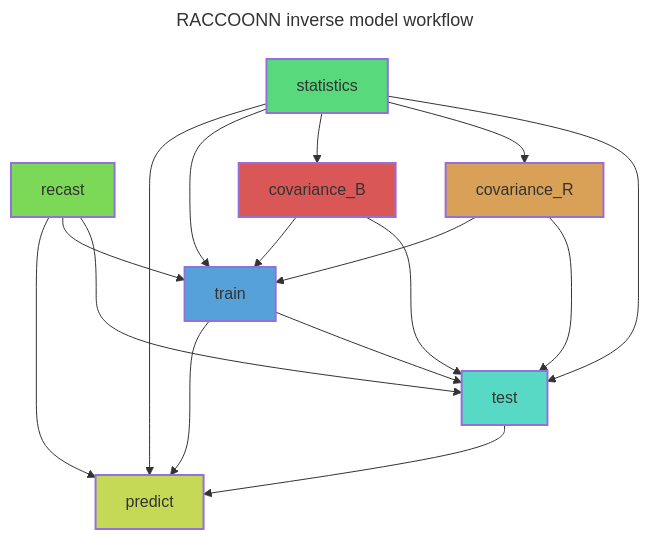
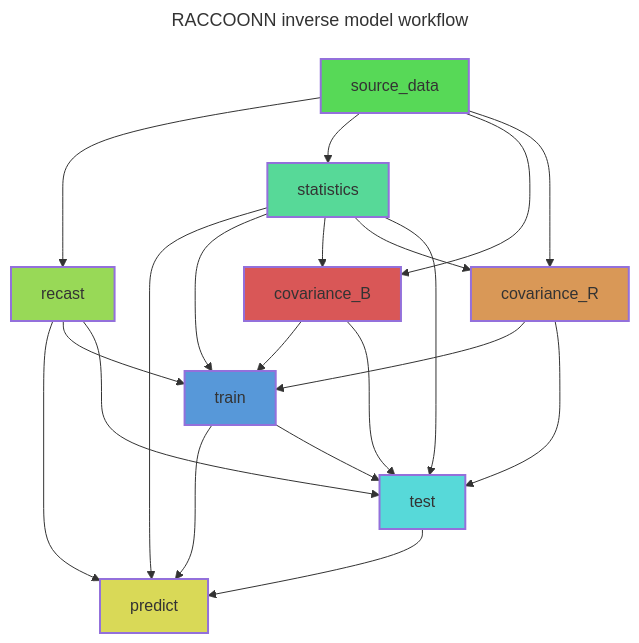
The second of 2 diagrams in README.md (tremblaybenoit/RACCOONN), drawn with Mermaid before and after one commit. The commit also changed 1 other file, not shown here.

Commit message:
Explore B construction algorithms.

````diff
--- a/README.md
+++ b/README.md
@@ -232,35 +232,41 @@
 ```mermaid
 ---
 title: RACCOONN inverse model workflow
 ---
 flowchart TB
 	id0[predict]
 	id1[recast]
-	id2[statistics]
-	id3[train]
-	id4[covariance_B]
-	id5[covariance_R]
-	id6[test]
-	style id0 fill:#C6D957,stroke-width:2px,color:#333333
-	style id1 fill:#7CD957,stroke-width:2px,color:#333333
-	style id2 fill:#57D97C,stroke-width:2px,color:#333333
-	style id3 fill:#57A1D9,stroke-width:2px,color:#333333
-	style id4 fill:#D95757,stroke-width:2px,color:#333333
-	style id5 fill:#D9A157,stroke-width:2px,color:#333333
-	style id6 fill:#57D9C6,stroke-width:2px,color:#333333
-	id2 --> id0
-	id6 --> id0
+	id2[source_data]
+	id3[statistics]
+	id4[train]
+	id5[covariance_B]
+	id6[covariance_R]
+	id7[test]
+	style id0 fill:#D9D957,stroke-width:2px,color:#333333
+	style id1 fill:#98D957,stroke-width:2px,color:#333333
+	style id2 fill:#57D957,stroke-width:2px,color:#333333
+	style id3 fill:#57D998,stroke-width:2px,color:#333333
+	style id4 fill:#5798D9,stroke-width:2px,color:#333333
+	style id5 fill:#D95757,stroke-width:2px,color:#333333
+	style id6 fill:#D99857,stroke-width:2px,color:#333333
+	style id7 fill:#57D9D9,stroke-width:2px,color:#333333
+	id4 --> id0
 	id3 --> id0
 	id1 --> id0
+	id7 --> id0
+	id2 --> id1
 	id2 --> id3
-	id5 --> id3
-	id4 --> id3
-	id1 --> id3
-	id2 --> id4
+	id3 --> id4
+	id6 --> id4
+	id5 --> id4
+	id1 --> id4
+	id3 --> id5
 	id2 --> id5
-	id4 --> id6
+	id3 --> id6
 	id2 --> id6
-	id3 --> id6
-	id5 --> id6
-	id1 --> id6
+	id6 --> id7
+	id1 --> id7
+	id4 --> id7
+	id3 --> id7
+	id5 --> id7
 ```
````
